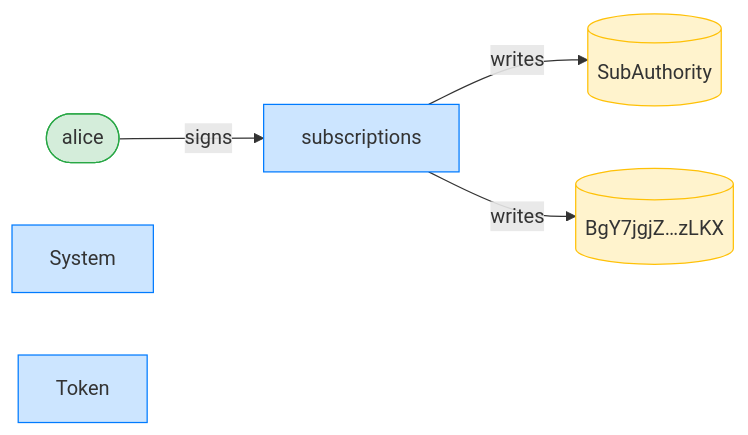
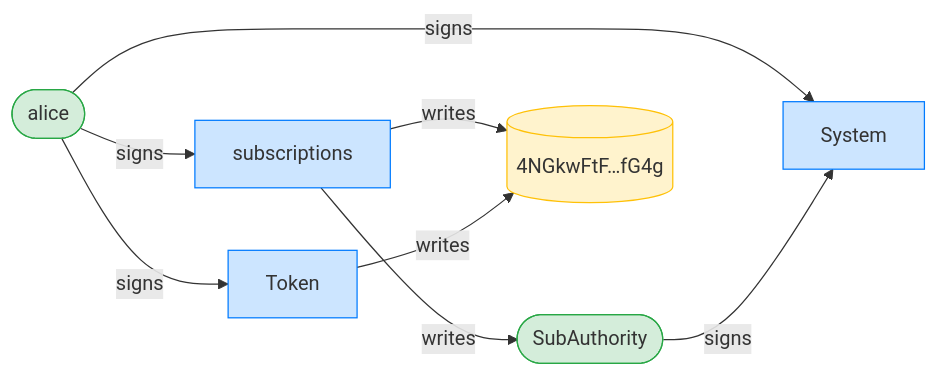
The third of 28 diagrams in dsl_tests/a-sponsor-can-revoke-against-a-recreated-ghost-plan.md (cds-rs/subscriptions), drawn with Mermaid before and after one commit. The commit also changed other lines of this file and 224 other files, not shown here.

````diff
--- a/dsl_tests/a-sponsor-can-revoke-against-a-recreated-ghost-plan.md
+++ b/dsl_tests/a-sponsor-can-revoke-against-a-recreated-ghost-plan.md
@@ -55,15 +56,19 @@
 ```mermaid
 flowchart LR
     classDef signer fill:#d4edda,stroke:#28a745;
     classDef program fill:#cce5ff,stroke:#007bff;
     classDef writable fill:#fff3cd,stroke:#ffc107;
     subscriptions[subscriptions]:::program
     alice([alice]):::signer
-    SubAuthority[(SubAuthority)]:::writable
-    BgY7jgjZ_zLKX[("BgY7jgjZ…zLKX")]:::writable
+    SubAuthority([SubAuthority]):::signer
+    4NGkwFtF_fG4g[("4NGkwFtF…fG4g")]:::writable
     System[System]:::program
     Token[Token]:::program
     alice -->|signs| subscriptions
+    alice -->|signs| System
+    SubAuthority -->|signs| System
+    alice -->|signs| Token
     subscriptions -->|writes| SubAuthority
-    subscriptions -->|writes| BgY7jgjZ_zLKX
+    subscriptions -->|writes| 4NGkwFtF_fG4g
+    Token -->|writes| 4NGkwFtF_fG4g
 ```
````
